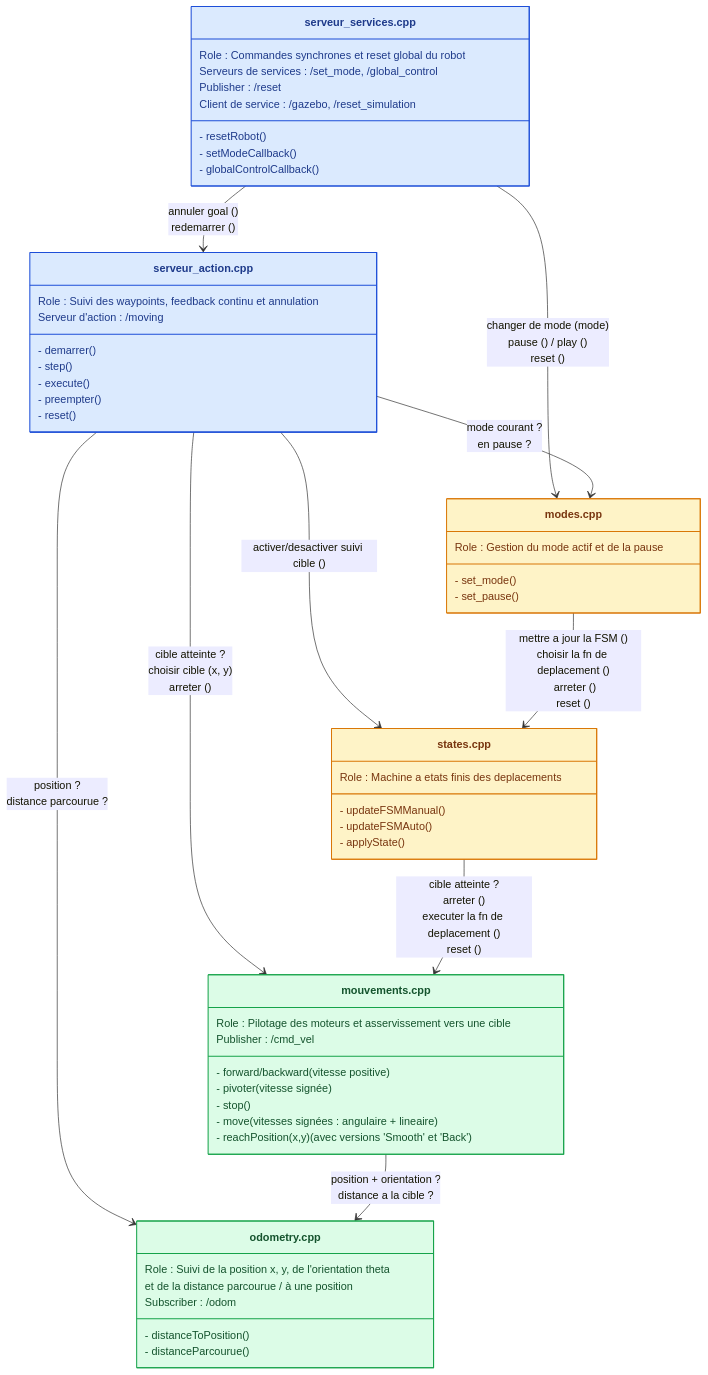
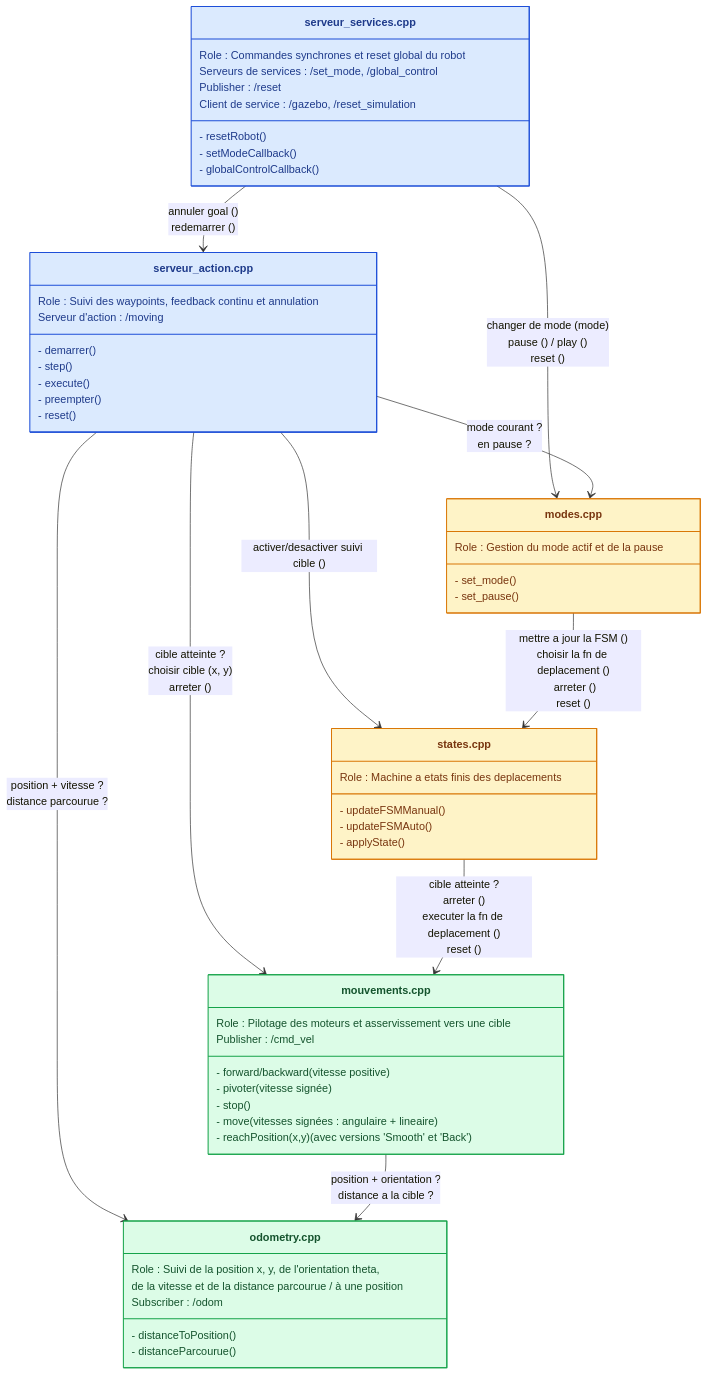
Before and after one commit to benoitdekeyn/E4SE_TD_TP: the third of 10 diagrams in robotique_et_navigation/Rapport/Rapport.md, drawn with Mermaid. The commit also changed other lines of this file and 2 other files, not shown here.

````diff
--- a/robotique_et_navigation/Rapport/Rapport.md
+++ b/robotique_et_navigation/Rapport/Rapport.md
@@ -206,76 +201,76 @@
 ```mermaid zoom=60
 classDiagram
     direction TB
 
     class ServeurServices["serveur_services.cpp"] {
         Role : Commandes synchrones et reset global du robot
         Serveurs de services : /set_mode, /global_control
         Publisher : /reset
         Client de service : /gazebo, /reset_simulation
         - resetRobot()
         - setModeCallback()
         - globalControlCallback()
     }
 
     class ServeurAction["serveur_action.cpp"] {
         Role : Suivi des waypoints, feedback continu et annulation
         Serveur d'action : /moving
         - demarrer()
         - step()
         - execute()
         - preempter()
         - reset()
     }
 
     class Modes["modes.cpp"] {
         Role : Gestion du mode actif et de la pause
         - set_mode()
         - set_pause()
     }
 
     class States["states.cpp"] {
         Role : Machine a etats finis des deplacements
         - updateFSMManual()
         - updateFSMAuto()
         - applyState()
     }
 
     class Mouvements["mouvements.cpp"] {
         Role : Pilotage des moteurs et asservissement vers une cible
         Publisher : /cmd_vel
         - forward/backward(vitesse positive)
         - pivoter(vitesse signée)
         - stop()
         - move(vitesses signées : angulaire + lineaire)
         - reachPosition(x,y) (avec versions 'Smooth' et 'Back')
     }
 
     class Odometry["odometry.cpp"] {
-        Role : Suivi de la position x, y, de l'orientation theta
-               et de la distance parcourue / à une position
+        Role : Suivi de la position x, y, de l'orientation theta,
+               de la vitesse et de la distance parcourue / à une position
         Subscriber : /odom
         - distanceToPosition()
         - distanceParcourue()
     }
 
     ServeurServices --> Modes : changer de mode (mode)<br/>pause () / play ()<br/>reset ()
     ServeurServices --> ServeurAction : annuler goal ()<br/>redemarrer ()
 
     ServeurAction --> Mouvements : cible atteinte ?<br/>choisir cible (x, y)<br/>arreter ()
     ServeurAction --> States : activer/desactiver suivi cible ()
     ServeurAction --> Modes : mode courant ?<br/>en pause ?
-    ServeurAction --> Odometry : position ?<br/>distance parcourue ?
+    ServeurAction --> Odometry : position + vitesse ?<br/>distance parcourue ?
 
     Modes --> States : mettre a jour la FSM ()<br/>choisir la fn de deplacement ()<br/> arreter ()<br/>reset ()
 
     States --> Mouvements : cible atteinte ?<br/>arreter ()<br/>executer la fn de deplacement ()<br/>reset ()
 
     Mouvements --> Odometry : position + orientation ?<br/>distance a la cible ?
 
     style ServeurServices fill:#dbeafe,stroke:#1d4ed8,stroke-width:1.5px,color:#1e3a8a
     style ServeurAction fill:#dbeafe,stroke:#1d4ed8,stroke-width:1.5px,color:#1e3a8a
     style Modes fill:#fef3c7,stroke:#d97706,stroke-width:1.5px,color:#78350f
     style States fill:#fef3c7,stroke:#d97706,stroke-width:1.5px,color:#78350f
     style Mouvements fill:#dcfce7,stroke:#16a34a,stroke-width:1.5px,color:#14532d
     style Odometry fill:#dcfce7,stroke:#16a34a,stroke-width:1.5px,color:#14532d
 ```
````
